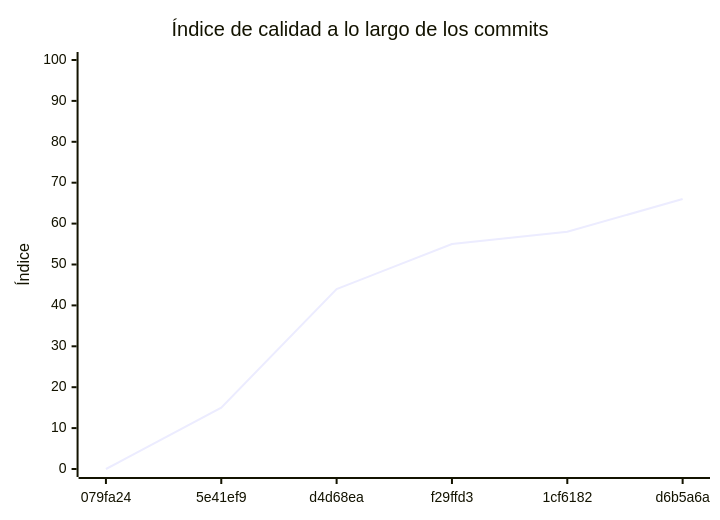
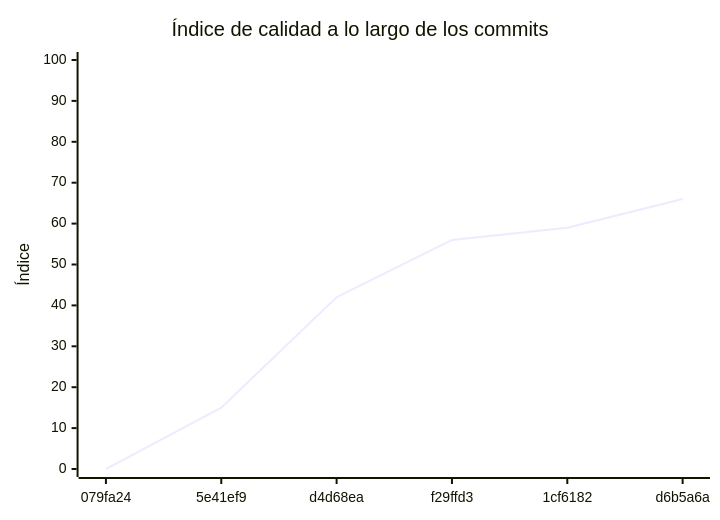
Before and after one commit to Tejada-ProgramacionII/turnos-reservas-service: the diagram in docs/EVALUACION.md, drawn with Mermaid. The commit also changed other lines of this file and 1 other file, not shown here.

````diff
--- a/docs/EVALUACION.md
+++ b/docs/EVALUACION.md
@@ -301,7 +201,7 @@
 ```mermaid
 xychart-beta
     title "Índice de calidad a lo largo de los commits"
     x-axis ["079fa24", "5e41ef9", "d4d68ea", "f29ffd3", "1cf6182", "d6b5a6a"]
     y-axis "Índice" 0 --> 100
-    line [0, 15, 44, 55, 58, 66]
+    line [0, 15, 42, 56, 59, 66]
 ```
````
